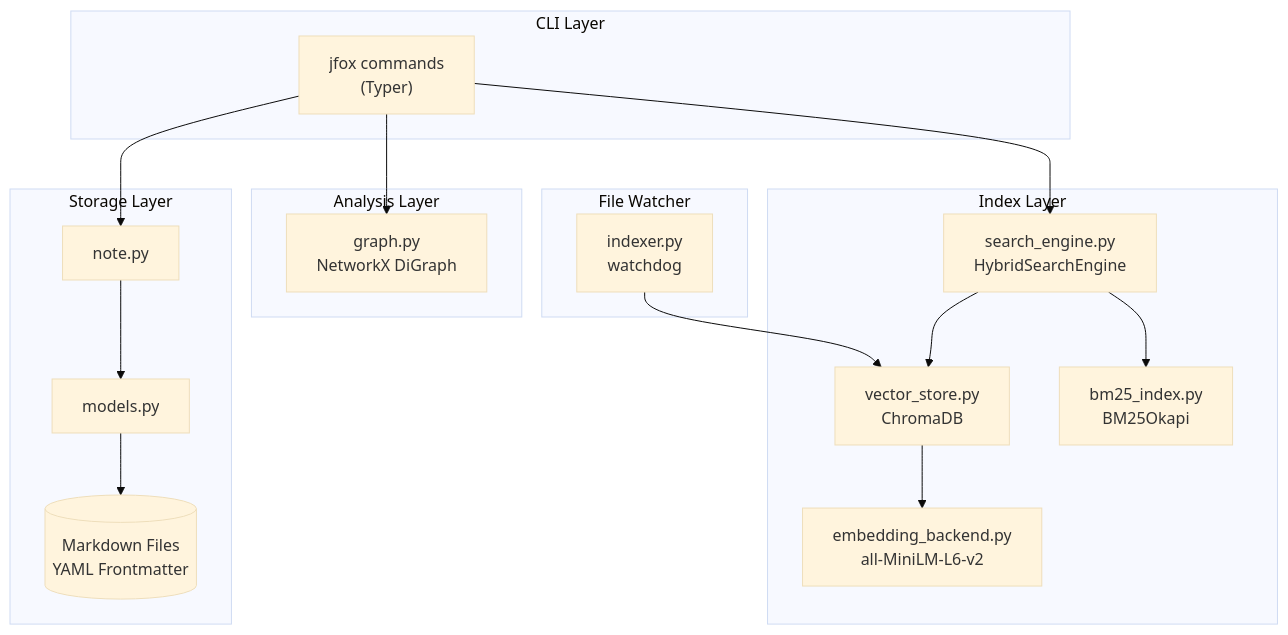
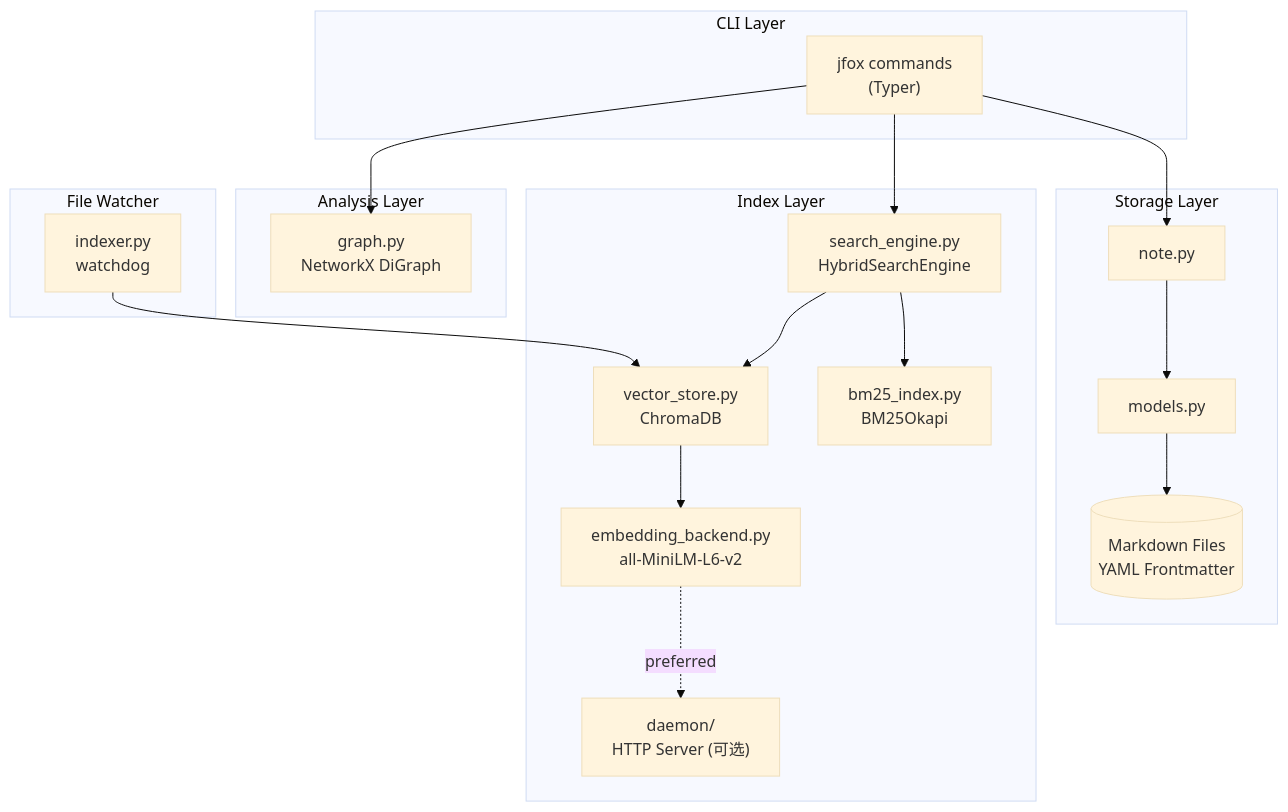
The first of 5 diagrams in README.md (zhuxixi/jfox), drawn with Mermaid (base theme) before and after one commit. The commit also changed other lines of this file and 10 other files, not shown here.

````diff
--- a/README.md
+++ b/README.md
@@ -42,29 +42,31 @@
 ```mermaid
 graph TB
     subgraph CLI ["CLI Layer"]
         cmd["jfox commands<br/>(Typer)"]
     end
     subgraph Storage ["Storage Layer"]
         note[note.py]
         models[models.py]
         md[("Markdown Files<br/>YAML Frontmatter")]
     end
     subgraph Index ["Index Layer"]
         se[search_engine.py<br/>HybridSearchEngine]
         vs[vector_store.py<br/>ChromaDB]
         bm[bm25_index.py<br/>BM25Okapi]
         emb[embedding_backend.py<br/>all-MiniLM-L6-v2]
+        daemon["daemon/<br/>HTTP Server (可选)"]
     end
     subgraph Analysis ["Analysis Layer"]
         gph["graph.py<br/>NetworkX DiGraph"]
     end
     subgraph Watcher ["File Watcher"]
         idx[indexer.py<br/>watchdog]
     end
 
     cmd --> note & se & gph
     note --> models --> md
     se --> vs & bm
     vs --> emb
+    emb -.->|"preferred"| daemon
     idx --> vs
 ```
````
